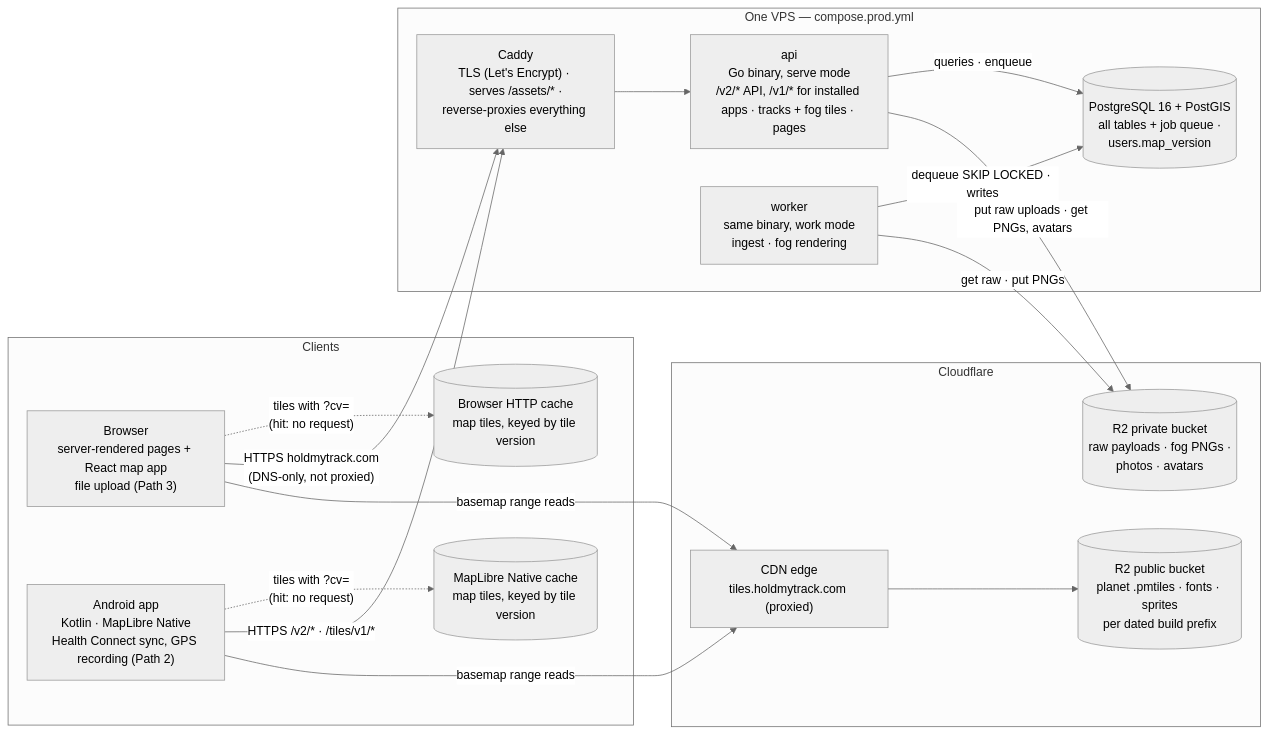
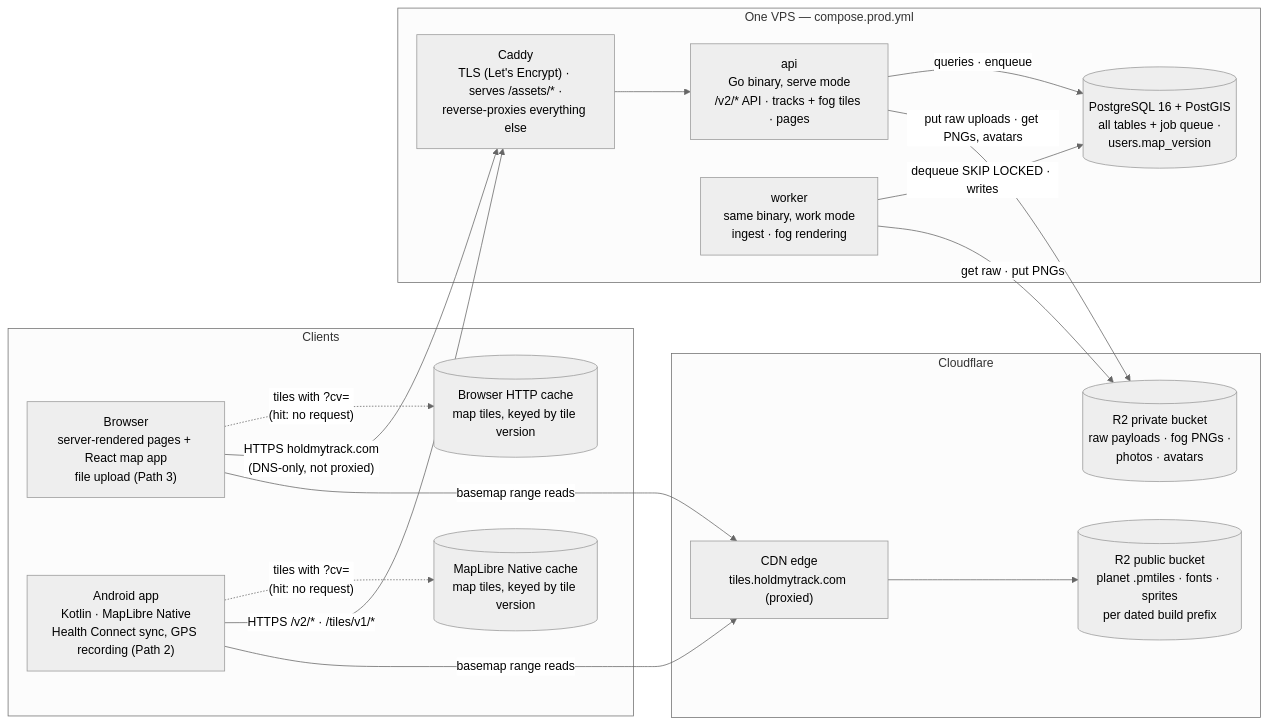
The diagram in docs/ARCHITECTURE.md (HoldMyTrack/platform), drawn with Mermaid (neutral theme) before and after one commit. The commit also changed 91 other files, not shown here.

````diff
--- a/docs/ARCHITECTURE.md
+++ b/docs/ARCHITECTURE.md
@@ -38,32 +38,32 @@
 ```mermaid
 flowchart LR
     subgraph Clients
         browser["Browser<br/>server-rendered pages + React map app<br/>file upload (Path 3)"]
         android["Android app<br/>Kotlin · MapLibre Native<br/>Health Connect sync, GPS recording (Path 2)"]
         bcache[("Browser HTTP cache<br/>map tiles, keyed by tile version")]
         acache[("MapLibre Native cache<br/>map tiles, keyed by tile version")]
     end
     subgraph VPS["One VPS — compose.prod.yml"]
         caddy["Caddy<br/>TLS (Let's Encrypt) · serves /assets/* ·<br/>reverse-proxies everything else"]
-        api["api<br/>Go binary, serve mode<br/>/v2/* API, /v1/* for installed apps · tracks + fog tiles · pages"]
+        api["api<br/>Go binary, serve mode<br/>/v2/* API · tracks + fog tiles · pages"]
         worker["worker<br/>same binary, work mode<br/>ingest · fog rendering"]
         pg[("PostgreSQL 16 + PostGIS<br/>all tables + job queue ·<br/>users.map_version")]
     end
     subgraph CF["Cloudflare"]
         edge["CDN edge<br/>tiles.holdmytrack.com (proxied)"]
         pub[("R2 public bucket<br/>planet .pmtiles · fonts · sprites<br/>per dated build prefix")]
         priv[("R2 private bucket<br/>raw payloads · fog PNGs ·<br/>photos · avatars")]
     end
     browser -.->|"tiles with ?cv=<br/>(hit: no request)"| bcache
     android -.->|"tiles with ?cv=<br/>(hit: no request)"| acache
     browser -->|"HTTPS holdmytrack.com<br/>(DNS-only, not proxied)"| caddy
     android -->|"HTTPS /v2/* · /tiles/v1/*"| caddy
     caddy --> api
     api -->|queries · enqueue| pg
     worker -->|dequeue SKIP LOCKED · writes| pg
     api -->|put raw uploads · get PNGs, avatars| priv
     worker -->|get raw · put PNGs| priv
     browser -->|basemap range reads| edge
     android -->|basemap range reads| edge
     edge --> pub
 ```
````
